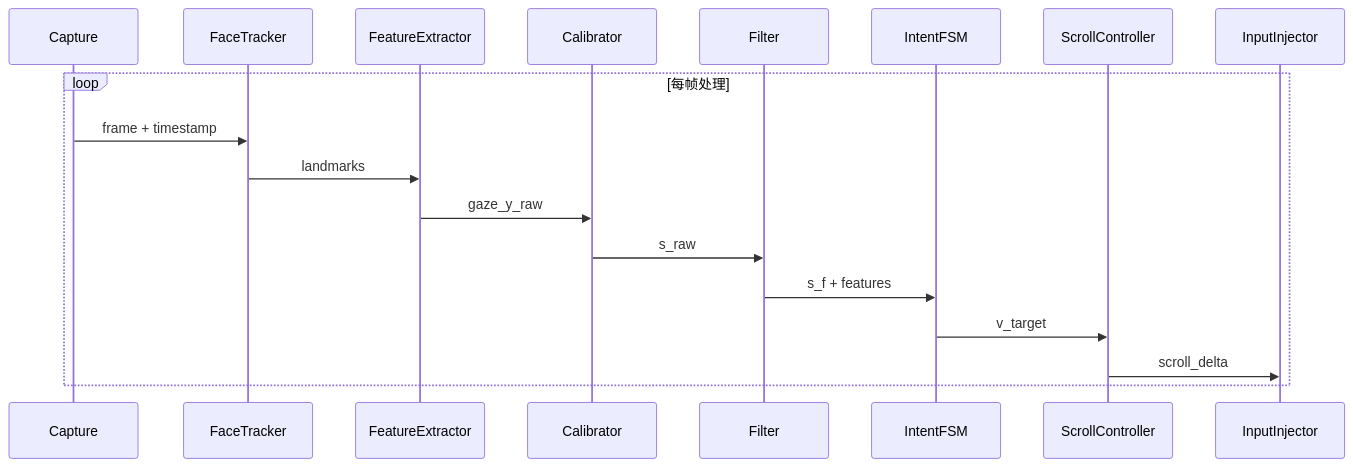
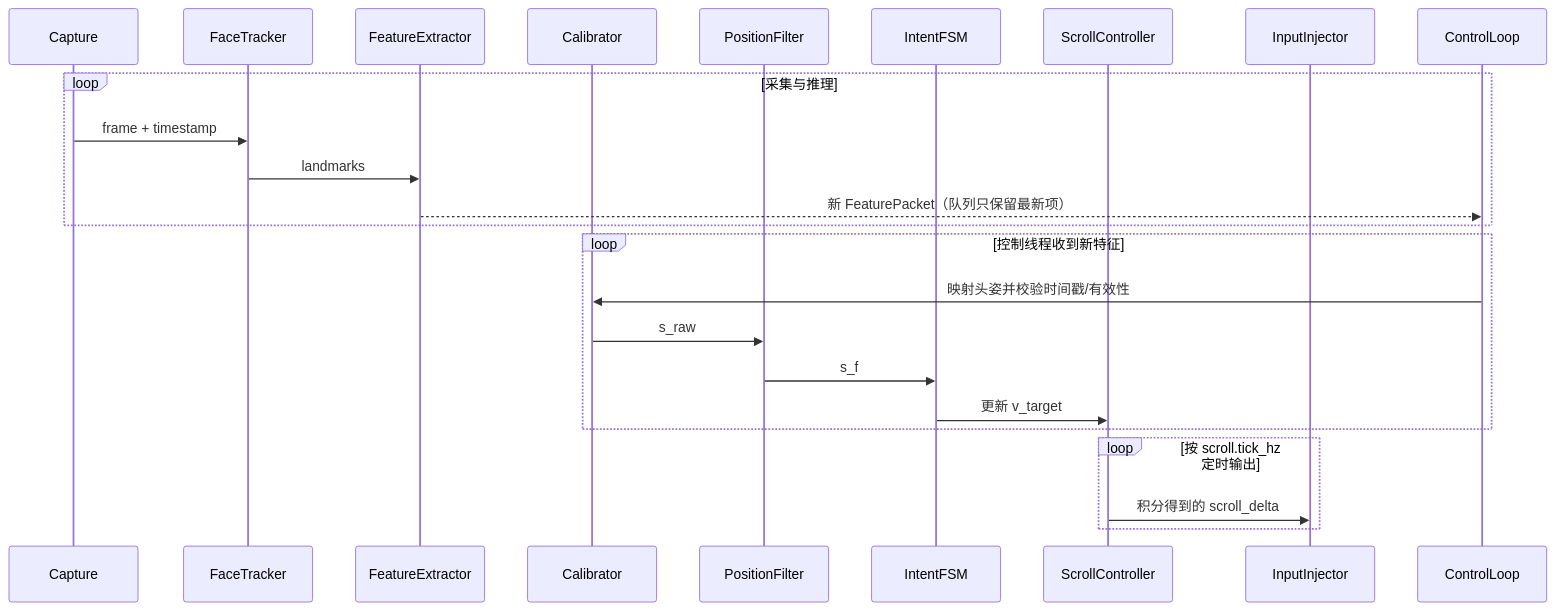
One commit to Aiyanye123/HeadScroll changed the third of 6 diagrams in 架构文档.md. Above: the diagram before and after it, drawn with Mermaid. The commit also changed other lines of this file and 23 other files, not shown here.

Commit message:
feat: refine head scroll control and calibration

````diff
--- a/架构文档.md
+++ b/架构文档.md
@@ -220,21 +239,29 @@
 ```mermaid
 sequenceDiagram
     participant CAM as Capture
     participant FT as FaceTracker
     participant FE as FeatureExtractor
     participant CAL as Calibrator
-    participant FIL as Filter
+    participant FIL as PositionFilter
     participant FSM as IntentFSM
     participant SC as ScrollController
     participant INJ as InputInjector
+    participant CTRL as ControlLoop
     
-    loop 每帧处理
+    loop 采集与推理
         CAM->>FT: frame + timestamp
         FT->>FE: landmarks
-        FE->>CAL: gaze_y_raw
+        FE-->>CTRL: 新 FeaturePacket（队列只保留最新项）
+    end
+
+    loop 控制线程收到新特征
+        CTRL->>CAL: 映射头姿并校验时间戳/有效性
         CAL->>FIL: s_raw
-        FIL->>FSM: s_f + features
-        FSM->>SC: v_target
-        SC->>INJ: scroll_delta
+        FIL->>FSM: s_f
+        FSM->>SC: 更新 v_target
+    end
+
+    loop 按 scroll.tick_hz 定时输出
+        SC->>INJ: 积分得到的 scroll_delta
     end
 ```
````
